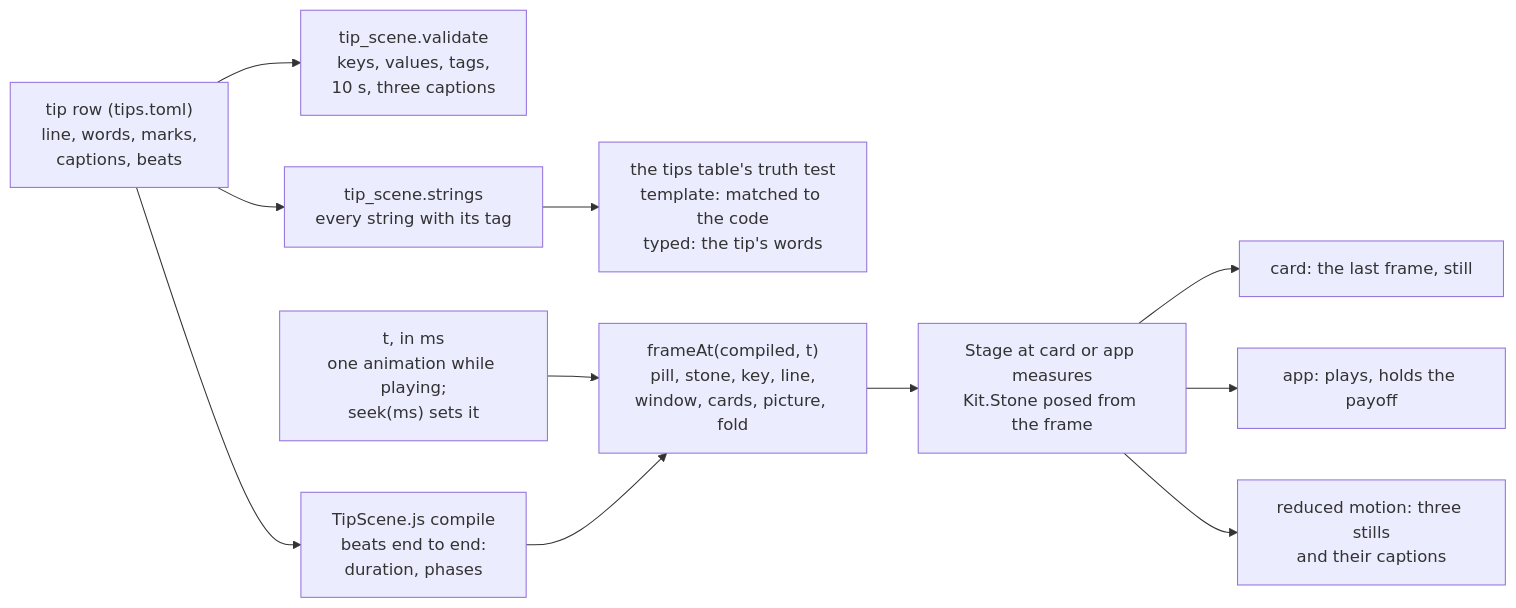
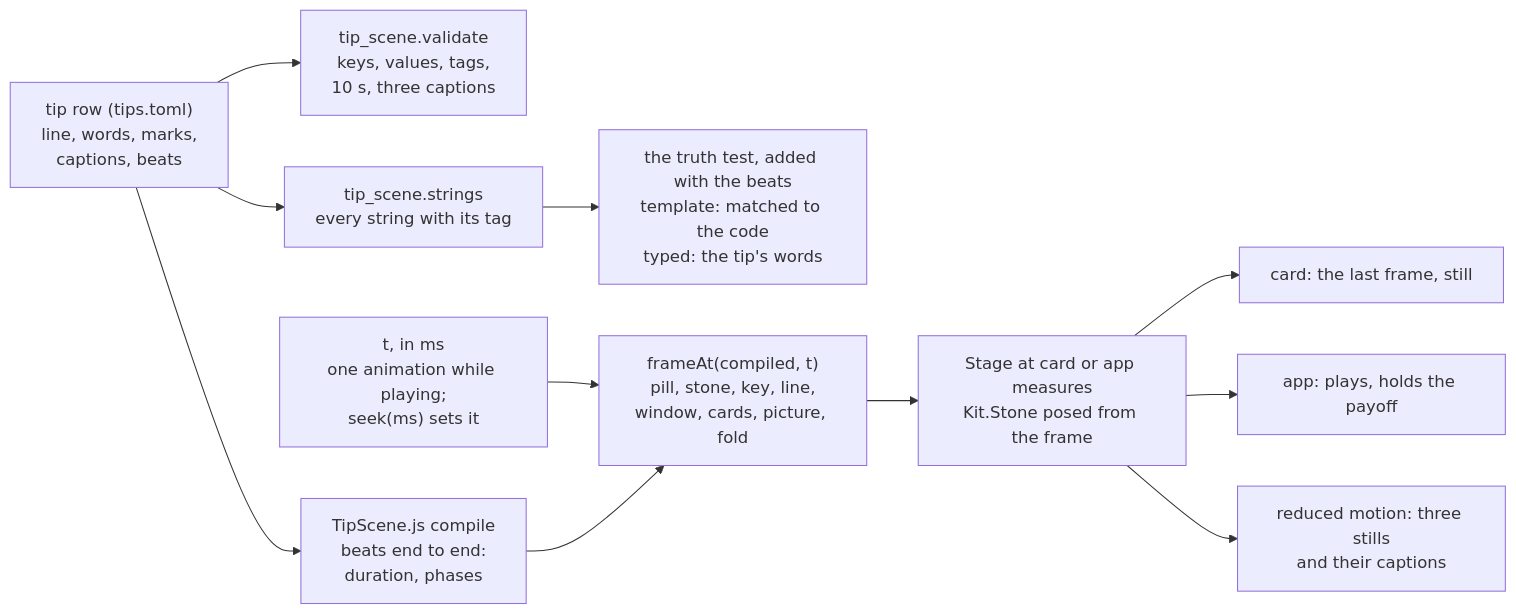
Before and after one commit to thedefaultman/Bombadil: the diagram in docs/TIP-SCENES.md, drawn with Mermaid. The commit also changed other lines of this file and 9 other files, not shown here.

````diff
--- a/docs/TIP-SCENES.md
+++ b/docs/TIP-SCENES.md
@@ -29,13 +29,13 @@
 ```mermaid
 flowchart LR
     ROW["tip row (tips.toml)<br/>line, words, marks,<br/>captions, beats"] --> VAL["tip_scene.validate<br/>keys, values, tags,<br/>10 s, three captions"]
     ROW --> STR["tip_scene.strings<br/>every string with its tag"]
-    STR --> TRUTH["the tips table's truth test<br/>template: matched to the code<br/>typed: the tip's words"]
+    STR --> TRUTH["the truth test, added with the beats<br/>template: matched to the code<br/>typed: the tip's words"]
     ROW --> COMP["TipScene.js compile<br/>beats end to end:<br/>duration, phases"]
     CLK["t, in ms<br/>one animation while playing;<br/>seek(ms) sets it"] --> FR
     COMP --> FR["frameAt(compiled, t)<br/>pill, stone, key, line,<br/>window, cards, picture, fold"]
     FR --> ST["Stage at card or app measures<br/>Kit.Stone posed from the frame"]
     ST --> POSTER["card: the last frame, still"]
     ST --> PLAY["app: plays, holds the payoff"]
     ST --> STILLS["reduced motion: three stills<br/>and their captions"]
 ```
````
